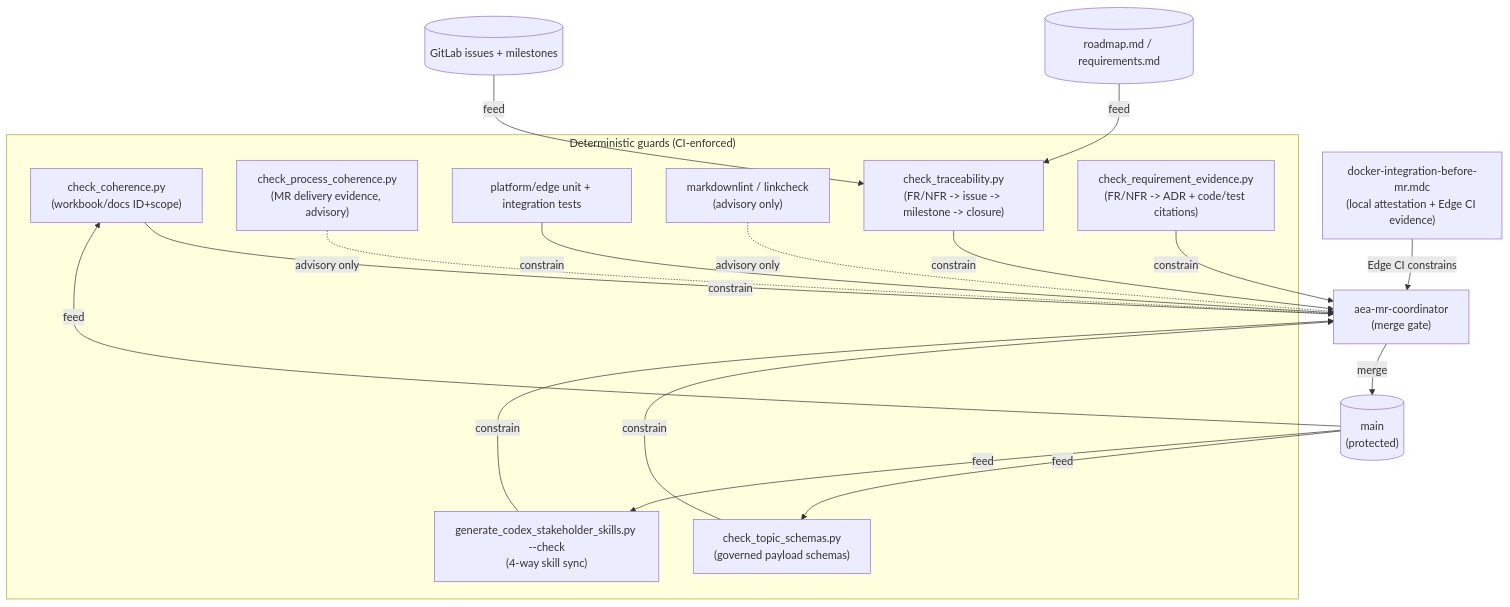
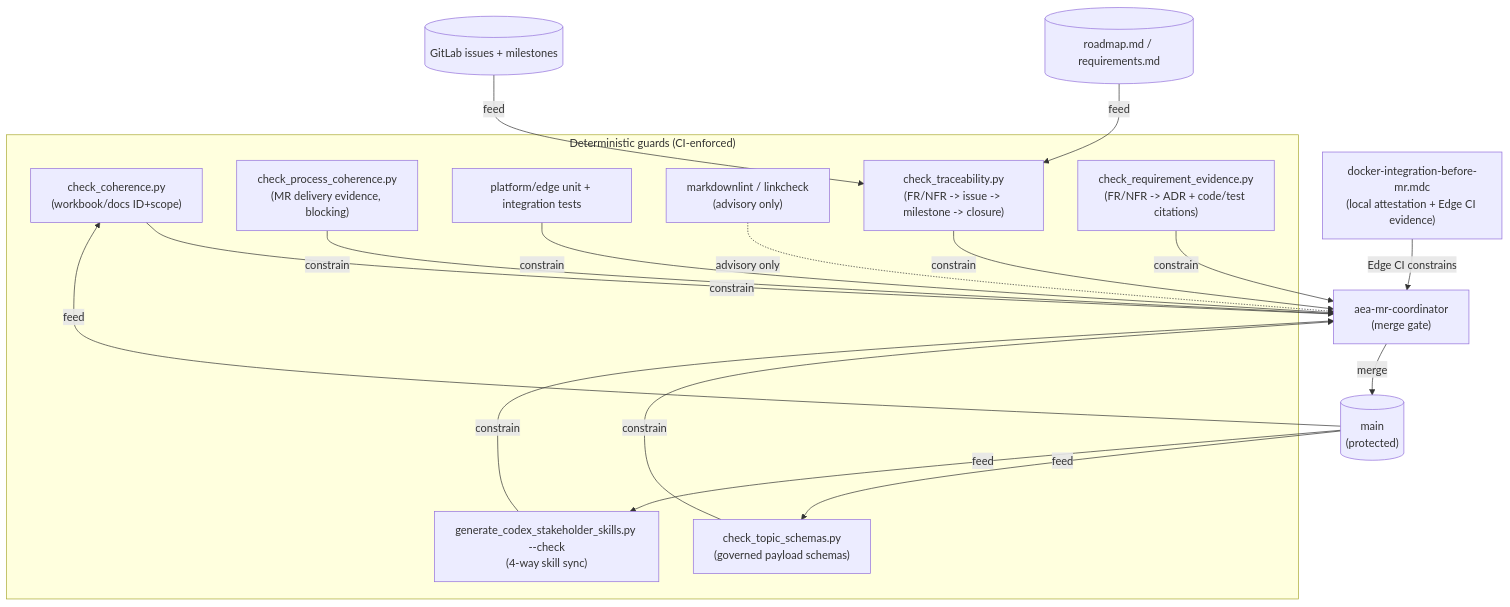
One commit to artofdream/adaptive-experience changed the first of 3 diagrams in research/loop-graph.md. Above: the diagram before and after it, drawn with Mermaid. The commit also changed other lines of this file and 6 other files, not shown here.

First line of the commit message:
ci: make process-coherence-guard a required verify job (#324)

````diff
--- a/research/loop-graph.md
+++ b/research/loop-graph.md
@@ -48,34 +48,34 @@
 ```mermaid
 flowchart TD
     subgraph guards["Deterministic guards (CI-enforced)"]
         CC["check_coherence.py<br/>(workbook/docs ID+scope)"]
         TS["check_topic_schemas.py<br/>(governed payload schemas)"]
         SS["generate_codex_stakeholder_skills.py --check<br/>(4-way skill sync)"]
-        PC["check_process_coherence.py<br/>(MR delivery evidence, advisory)"]
+        PC["check_process_coherence.py<br/>(MR delivery evidence, blocking)"]
         PU["platform/edge unit + integration tests"]
         LINT["markdownlint / linkcheck<br/>(advisory only)"]
         TRACE["check_traceability.py<br/>(FR/NFR -> issue -> milestone -> closure)"]
         EVIDENCE["check_requirement_evidence.py<br/>(FR/NFR -> ADR + code/test citations)"]
     end
     DOCKER["docker-integration-before-mr.mdc<br/>(local attestation + Edge CI evidence)"]
     MRC["aea-mr-coordinator<br/>(merge gate)"]
     MAIN[("main<br/>(protected)")]
     ROADMAP[("roadmap.md / requirements.md")]
     ISSUES[("GitLab issues + milestones")]
 
     CC -- constrain --> MRC
     TS -- constrain --> MRC
     SS -- constrain --> MRC
-    PC -. advisory only .-> MRC
+    PC -- constrain --> MRC
     PU -- constrain --> MRC
     LINT -. advisory only .-> MRC
     DOCKER -- "Edge CI constrains" --> MRC
     ROADMAP -- feed --> TRACE
     ISSUES -- feed --> TRACE
     TRACE -- constrain --> MRC
     EVIDENCE -- constrain --> MRC
     MRC -- merge --> MAIN
     MAIN -- feed --> CC
     MAIN -- feed --> TS
     MAIN -- feed --> SS
 ```
````
